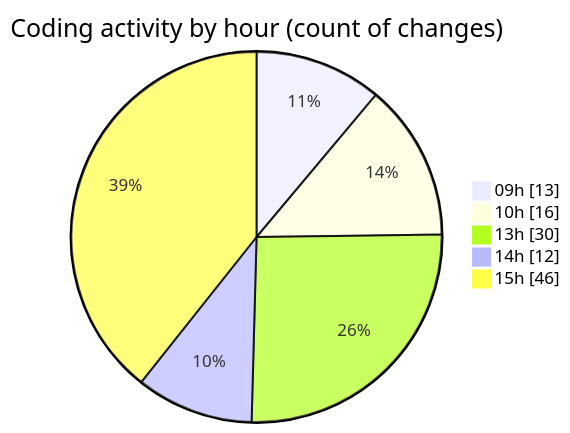
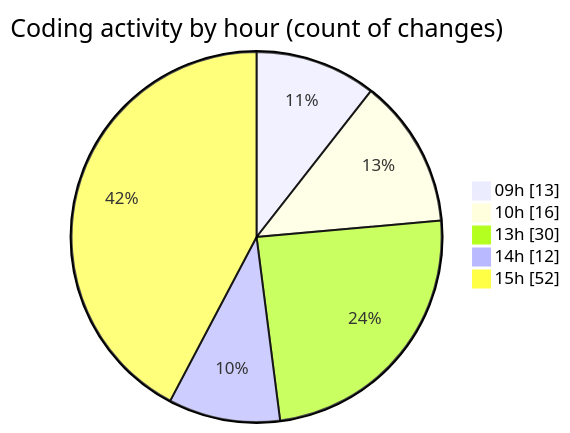
Before and after one commit to momahboobian/code-tracking: the second of 2 diagrams in 2025-03-31/cda/README.md, drawn with Mermaid. The commit also changed other lines of this file and 1 other file, not shown here.

````diff
--- a/2025-03-31/cda/README.md
+++ b/2025-03-31/cda/README.md
@@ -40,9 +40,9 @@
 ```mermaid
 pie showData
 title Coding activity by hour (count of changes)
 "09h" : 13
 "10h" : 16
 "13h" : 30
 "14h" : 12
-"15h" : 46
+"15h" : 52
 ```
````
